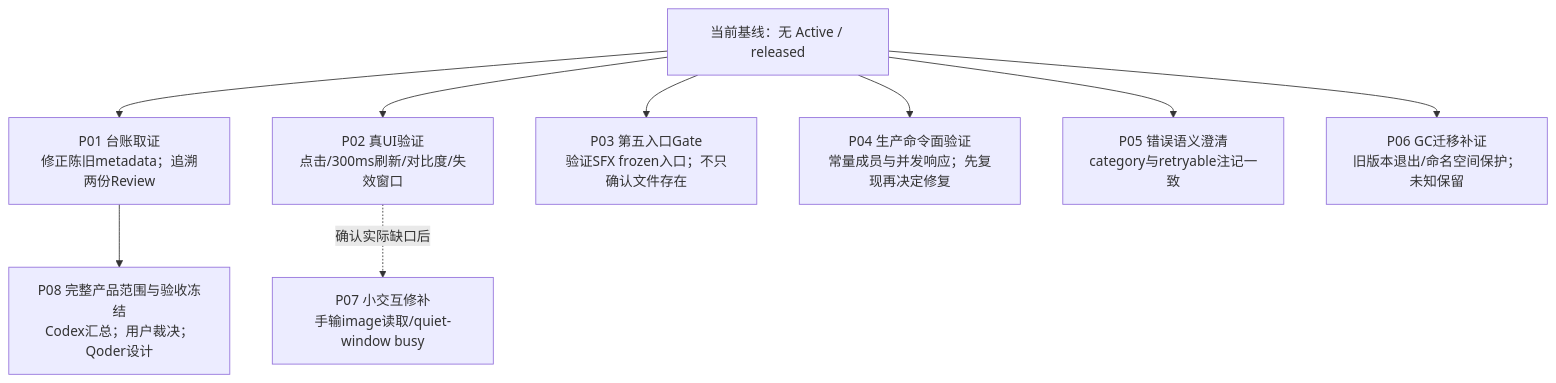
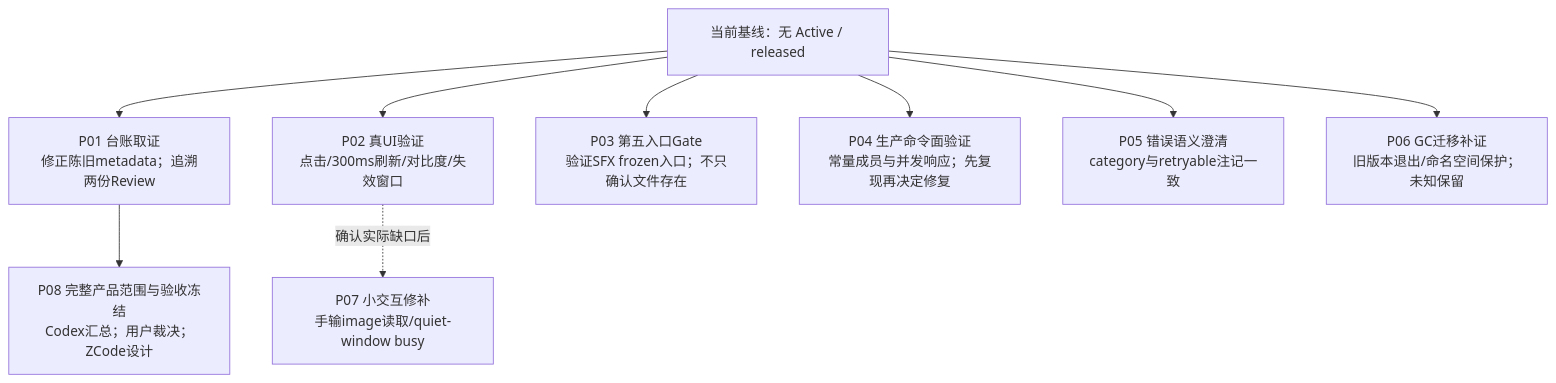
The second of 4 diagrams in verification/PROJECT-ROADMAP-20261008/ROADMAP.md (peakwheat-pixel/New-Manga), drawn with Mermaid before and after one commit. The commit also changed other lines of this file and 10 other files, not shown here.

````diff
--- a/verification/PROJECT-ROADMAP-20261008/ROADMAP.md
+++ b/verification/PROJECT-ROADMAP-20261008/ROADMAP.md
@@ -24,11 +26,11 @@
 ```mermaid
 flowchart TB
   BASE["当前基线：无 Active / released"] --> P01["P01 台账取证<br/>修正陈旧metadata；追溯两份Review"]
   BASE --> P02["P02 真UI验证<br/>点击/300ms刷新/对比度/失效窗口"]
   BASE --> P03["P03 第五入口Gate<br/>验证SFX frozen入口；不只确认文件存在"]
   BASE --> P04["P04 生产命令面验证<br/>常量成员与并发响应；先复现再决定修复"]
   BASE --> P05["P05 错误语义澄清<br/>category与retryable注记一致"]
   BASE --> P06["P06 GC迁移补证<br/>旧版本退出/命名空间保护；未知保留"]
   P02 -. "确认实际缺口后" .-> P07["P07 小交互修补<br/>手输image读取/quiet-window busy"]
-  P01 --> S["P08 完整产品范围与验收冻结<br/>Codex汇总；用户裁决；Qoder设计"]
+  P01 --> S["P08 完整产品范围与验收冻结<br/>Codex汇总；用户裁决；ZCode设计"]
 ```
````
